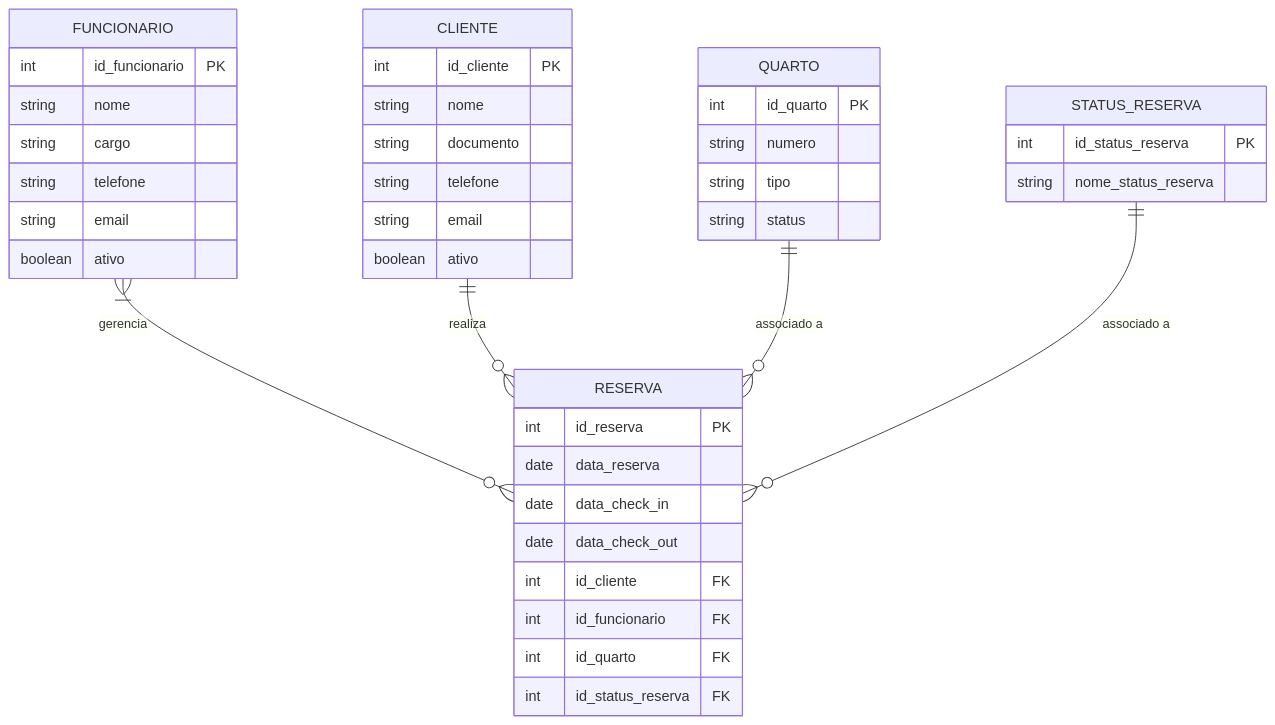
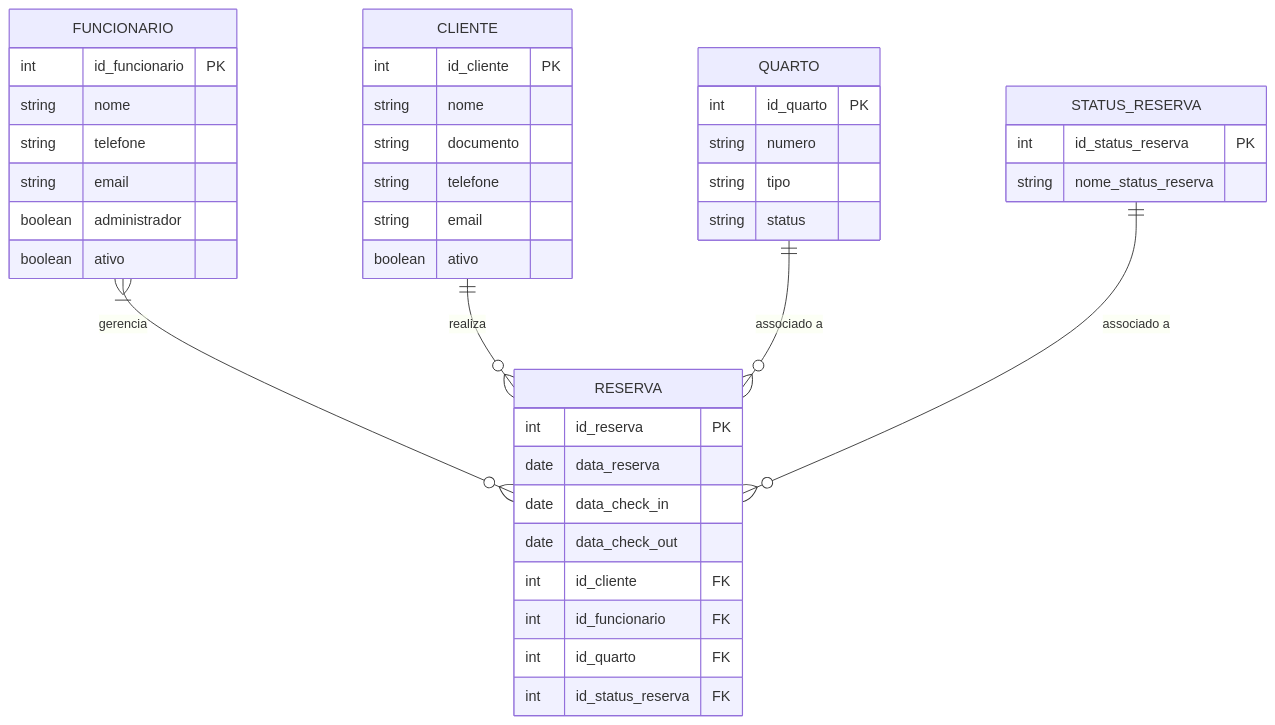
One commit to rodrigotmo/fullstack1-hotel-manager changed the diagram in README.md. Above: the diagram before and after it, drawn with Mermaid. The commit also changed 26 other files, not shown here.

````diff
--- a/README.md
+++ b/README.md
@@ -6,48 +6,48 @@
 ```mermaid
 erDiagram
     FUNCIONARIO {
         int id_funcionario PK
         string nome
-        string cargo
         string telefone
         string email
+        boolean administrador
         boolean ativo
     }
 
     QUARTO {
         int id_quarto PK
         string numero
         string tipo
         string status
     }
 
     CLIENTE {
         int id_cliente PK
         string nome
         string documento
         string telefone
         string email
         boolean ativo
     }
 
     RESERVA {
         int id_reserva PK
         date data_reserva
         date data_check_in
         date data_check_out
         int id_cliente FK
         int id_funcionario FK
         int id_quarto FK
         int id_status_reserva FK
     }
 
     STATUS_RESERVA {
         int id_status_reserva PK
         string nome_status_reserva
     }
 
     FUNCIONARIO }|--o{ RESERVA : "gerencia"
     CLIENTE ||--o{ RESERVA : "realiza"
     QUARTO ||--o{ RESERVA : "associado a"
     STATUS_RESERVA ||--o{ RESERVA : "associado a"
 ```
````
